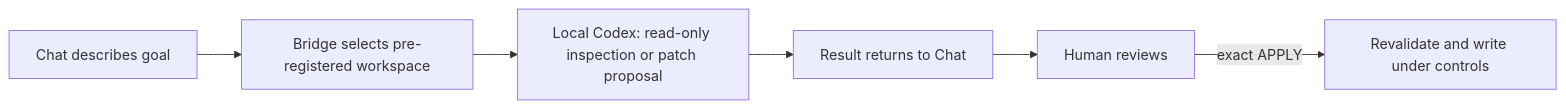
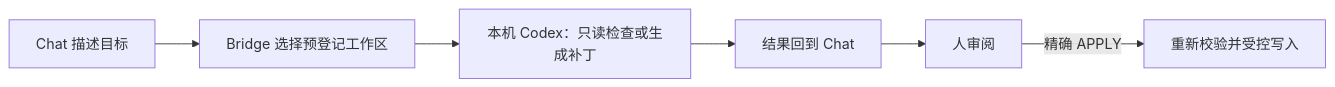
The diagram in README.md (Aelfa13/chat-work-bridge), drawn with Mermaid before and after one commit. The commit also changed other lines of this file and 2 other files, not shown here.

````diff
--- a/README.md
+++ b/README.md
@@ -19,8 +19,8 @@
 ```mermaid
 flowchart LR
-    A[Chat describes goal] --> B[Bridge selects pre-registered workspace]
-    B --> C[Local Codex: read-only inspection or patch proposal]
-    C --> D[Result returns to Chat]
-    D --> E[Human reviews]
-    E -->|exact APPLY| F[Revalidate and write under controls]
+    A[Chat 描述目标] --> B[Bridge 选择预登记工作区]
+    B --> C[本机 Codex：只读检查或生成补丁]
+    C --> D[结果回到 Chat]
+    D --> E[人审阅]
+    E -->|精确 APPLY| F[重新校验并受控写入]
 ```
````
